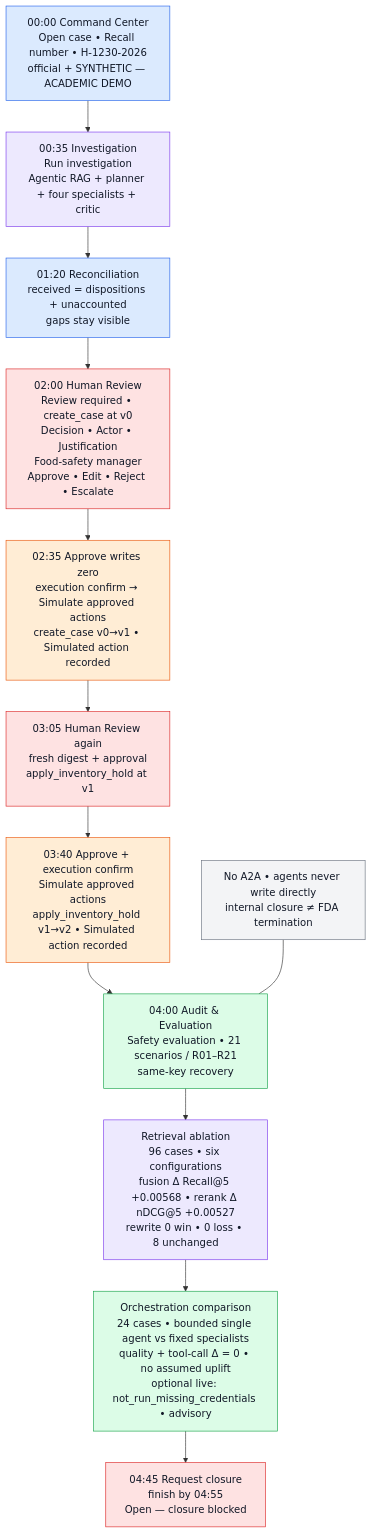
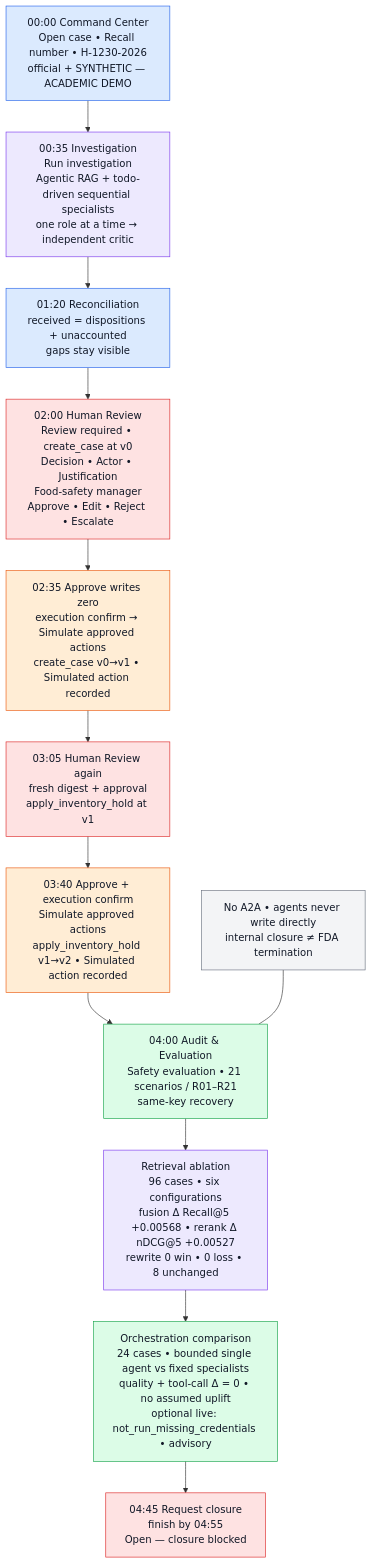
The diagram in docs/images/07_demo_story.mmd (nagarjunakanamarlapudi/reacall-agents), drawn with Mermaid before and after one commit. The commit also changed 28 other files, not shown here.

```diff
--- a/docs/images/07_demo_story.mmd
+++ b/docs/images/07_demo_story.mmd
@@ -1,22 +1,22 @@
 flowchart TB
   classDef step fill:#dbeafe,stroke:#2563eb,color:#111827
   classDef agent fill:#ede9fe,stroke:#7c3aed,color:#111827
   classDef human fill:#fee2e2,stroke:#dc2626,color:#111827
   classDef action fill:#ffedd5,stroke:#ea580c,color:#111827
   classDef safe fill:#dcfce7,stroke:#16a34a,color:#111827
   classDef block fill:#f3f4f6,stroke:#6b7280,color:#111827
 
   A["00:00 Command Center<br/>Open case • Recall number • H-1230-2026<br/>official + SYNTHETIC — ACADEMIC DEMO"]:::step
-  B["00:35 Investigation<br/>Run investigation<br/>Agentic RAG + planner + four specialists + critic"]:::agent
+  B["00:35 Investigation<br/>Run investigation<br/>Agentic RAG + todo-driven sequential specialists<br/>one role at a time → independent critic"]:::agent
   C["01:20 Reconciliation<br/>received = dispositions + unaccounted<br/>gaps stay visible"]:::step
   D["02:00 Human Review<br/>Review required • create_case at v0<br/>Decision • Actor • Justification<br/>Food-safety manager<br/>Approve • Edit • Reject • Escalate"]:::human
   E["02:35 Approve writes zero<br/>execution confirm → Simulate approved actions<br/>create_case v0→v1 • Simulated action recorded"]:::action
   F["03:05 Human Review again<br/>fresh digest + approval<br/>apply_inventory_hold at v1"]:::human
   G["03:40 Approve + execution confirm<br/>Simulate approved actions<br/>apply_inventory_hold v1→v2 • Simulated action recorded"]:::action
   H["04:00 Audit & Evaluation<br/>Safety evaluation • 21 scenarios / R01–R21<br/>same-key recovery"]:::safe
   J["Retrieval ablation<br/>96 cases • six configurations<br/>fusion Δ Recall@5 +0.00568 • rerank Δ nDCG@5 +0.00527<br/>rewrite 0 win • 0 loss • 8 unchanged"]:::agent
   K["Orchestration comparison<br/>24 cases • bounded single agent vs fixed specialists<br/>quality + tool-call Δ = 0 • no assumed uplift<br/>optional live: not_run_missing_credentials • advisory"]:::safe
   I["04:45 Request closure<br/>finish by 04:55<br/>Open — closure blocked"]:::human
 
   A --> B --> C --> D --> E --> F --> G --> H --> J --> K --> I
   NOTE["No A2A • agents never write directly<br/>internal closure ≠ FDA termination"]:::block --- H
```
